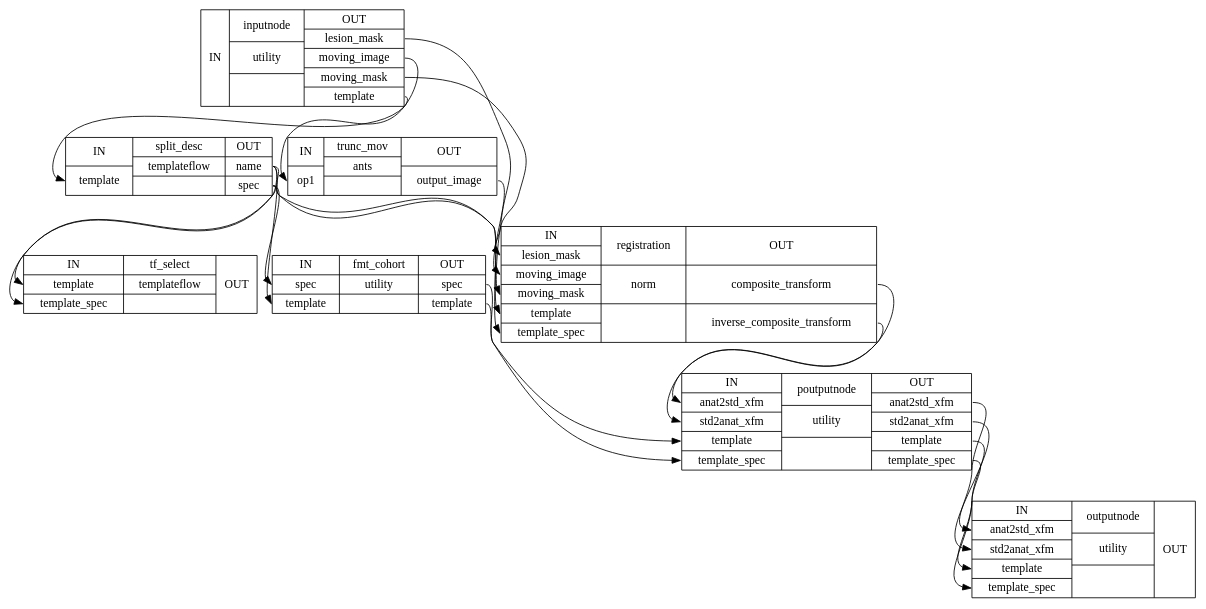
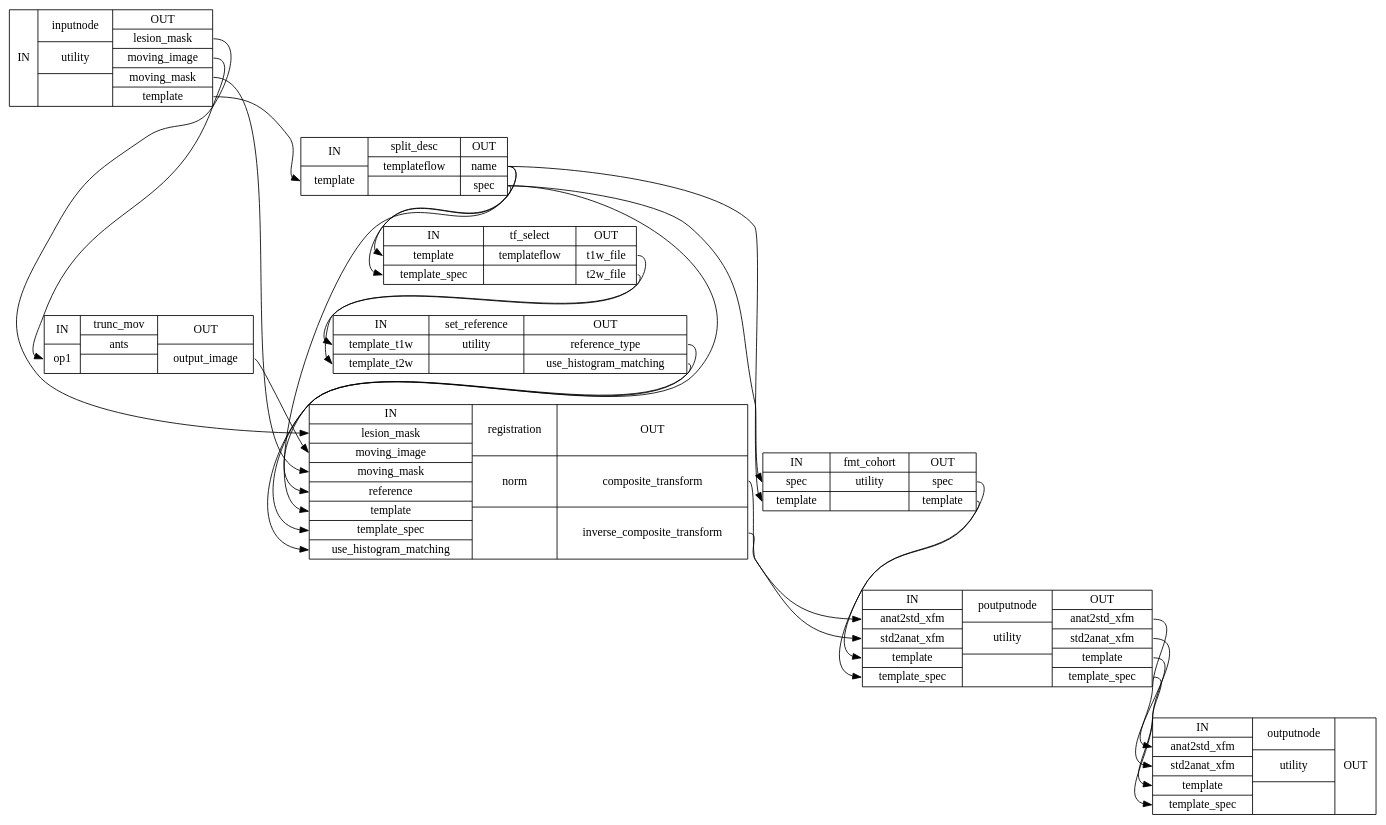
The diagram in 0.16.1/wf_directive/api/register_template_wf/smriprep-workflows-fit-registration-1_detailed.dot (nipreps/smriprep), drawn with Graphviz before and after one commit. The commit also changed 4413 other files, not shown here.

```diff
--- a/0.16.1/wf_directive/api/register_template_wf/smriprep-workflows-fit-registration-1_detailed.dot
+++ b/0.16.1/wf_directive/api/register_template_wf/smriprep-workflows-fit-registration-1_detailed.dot
@@ -1,30 +1,35 @@
 digraph structs {
 node [shape=record];
 register_template_wfinputnode [label="{IN}|{ inputnode | utility |  }|{OUT|<outlesionmask> lesion_mask|<outmovingimage> moving_image|<outmovingmask> moving_mask|<outtemplate> template}"];
 register_template_wfsplit_desc [label="{IN|<intemplate> template}|{ split_desc | templateflow |  }|{OUT|<outname> name|<outspec> spec}"];
 register_template_wftrunc_mov [label="{IN|<inop1> op1}|{ trunc_mov | ants |  }|{OUT|<outoutputimage> output_image}"];
-register_template_wftf_select [label="{IN|<intemplate> template|<intemplatespec> template_spec}|{ tf_select | templateflow |  }|{OUT}"];
+register_template_wftf_select [label="{IN|<intemplate> template|<intemplatespec> template_spec}|{ tf_select | templateflow |  }|{OUT|<outt1wfile> t1w_file|<outt2wfile> t2w_file}"];
 register_template_wffmt_cohort [label="{IN|<inspec> spec|<intemplate> template}|{ fmt_cohort | utility |  }|{OUT|<outspec> spec|<outtemplate> template}"];
-register_template_wfregistration [label="{IN|<inlesionmask> lesion_mask|<inmovingimage> moving_image|<inmovingmask> moving_mask|<intemplate> template|<intemplatespec> template_spec}|{ registration | norm |  }|{OUT|<outcompositetransform> composite_transform|<outinversecompositetransform> inverse_composite_transform}"];
+register_template_wfset_reference [label="{IN|<intemplatet1w> template_t1w|<intemplatet2w> template_t2w}|{ set_reference | utility |  }|{OUT|<outreferencetype> reference_type|<outusehistogrammatching> use_histogram_matching}"];
+register_template_wfregistration [label="{IN|<inlesionmask> lesion_mask|<inmovingimage> moving_image|<inmovingmask> moving_mask|<inreference> reference|<intemplate> template|<intemplatespec> template_spec|<inusehistogrammatching> use_histogram_matching}|{ registration | norm |  }|{OUT|<outcompositetransform> composite_transform|<outinversecompositetransform> inverse_composite_transform}"];
 register_template_wfpoutputnode [label="{IN|<inanat2stdxfm> anat2std_xfm|<instd2anatxfm> std2anat_xfm|<intemplate> template|<intemplatespec> template_spec}|{ poutputnode | utility |  }|{OUT|<outanat2stdxfm> anat2std_xfm|<outstd2anatxfm> std2anat_xfm|<outtemplate> template|<outtemplatespec> template_spec}"];
 register_template_wfoutputnode [label="{IN|<inanat2stdxfm> anat2std_xfm|<instd2anatxfm> std2anat_xfm|<intemplate> template|<intemplatespec> template_spec}|{ outputnode | utility |  }|{OUT}"];
 register_template_wffmt_cohort:outspec:e -> register_template_wfpoutputnode:intemplatespec:w;
 register_template_wffmt_cohort:outtemplate:e -> register_template_wfpoutputnode:intemplate:w;
 register_template_wfinputnode:outlesionmask:e -> register_template_wfregistration:inlesionmask:w;
 register_template_wfinputnode:outmovingimage:e -> register_template_wftrunc_mov:inop1:w;
 register_template_wfinputnode:outmovingmask:e -> register_template_wfregistration:inmovingmask:w;
 register_template_wfinputnode:outtemplate:e -> register_template_wfsplit_desc:intemplate:w;
 register_template_wfpoutputnode:outanat2stdxfm:e -> register_template_wfoutputnode:inanat2stdxfm:w;
 register_template_wfpoutputnode:outstd2anatxfm:e -> register_template_wfoutputnode:instd2anatxfm:w;
 register_template_wfpoutputnode:outtemplate:e -> register_template_wfoutputnode:intemplate:w;
 register_template_wfpoutputnode:outtemplatespec:e -> register_template_wfoutputnode:intemplatespec:w;
 register_template_wfregistration:outcompositetransform:e -> register_template_wfpoutputnode:inanat2stdxfm:w;
 register_template_wfregistration:outinversecompositetransform:e -> register_template_wfpoutputnode:instd2anatxfm:w;
+register_template_wfset_reference:outreferencetype:e -> register_template_wfregistration:inreference:w;
+register_template_wfset_reference:outusehistogrammatching:e -> register_template_wfregistration:inusehistogrammatching:w;
 register_template_wfsplit_desc:outname:e -> register_template_wffmt_cohort:intemplate:w;
 register_template_wfsplit_desc:outname:e -> register_template_wfregistration:intemplate:w;
 register_template_wfsplit_desc:outname:e -> register_template_wftf_select:intemplate:w;
 register_template_wfsplit_desc:outspec:e -> register_template_wffmt_cohort:inspec:w;
 register_template_wfsplit_desc:outspec:e -> register_template_wfregistration:intemplatespec:w;
 register_template_wfsplit_desc:outspec:e -> register_template_wftf_select:intemplatespec:w;
+register_template_wftf_select:outt1wfile:e -> register_template_wfset_reference:intemplatet1w:w;
+register_template_wftf_select:outt2wfile:e -> register_template_wfset_reference:intemplatet2w:w;
 register_template_wftrunc_mov:outoutputimage:e -> register_template_wfregistration:inmovingimage:w;
 }
```
